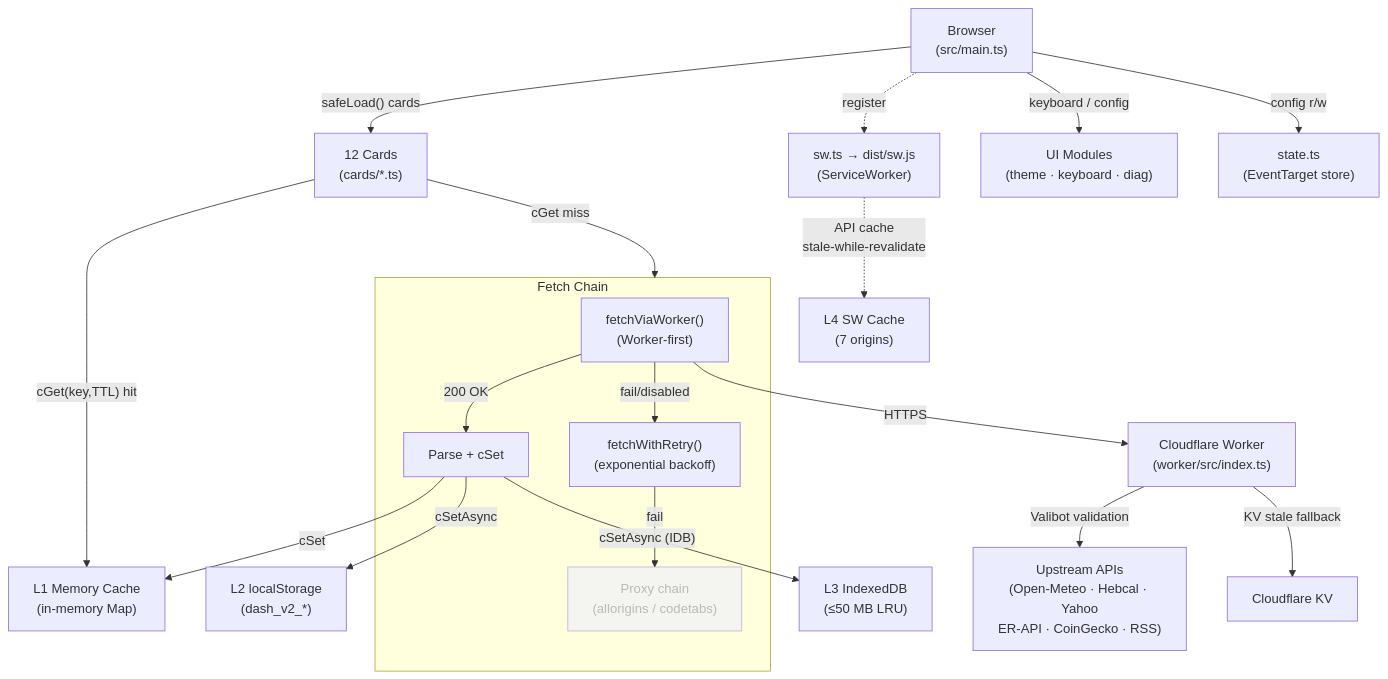
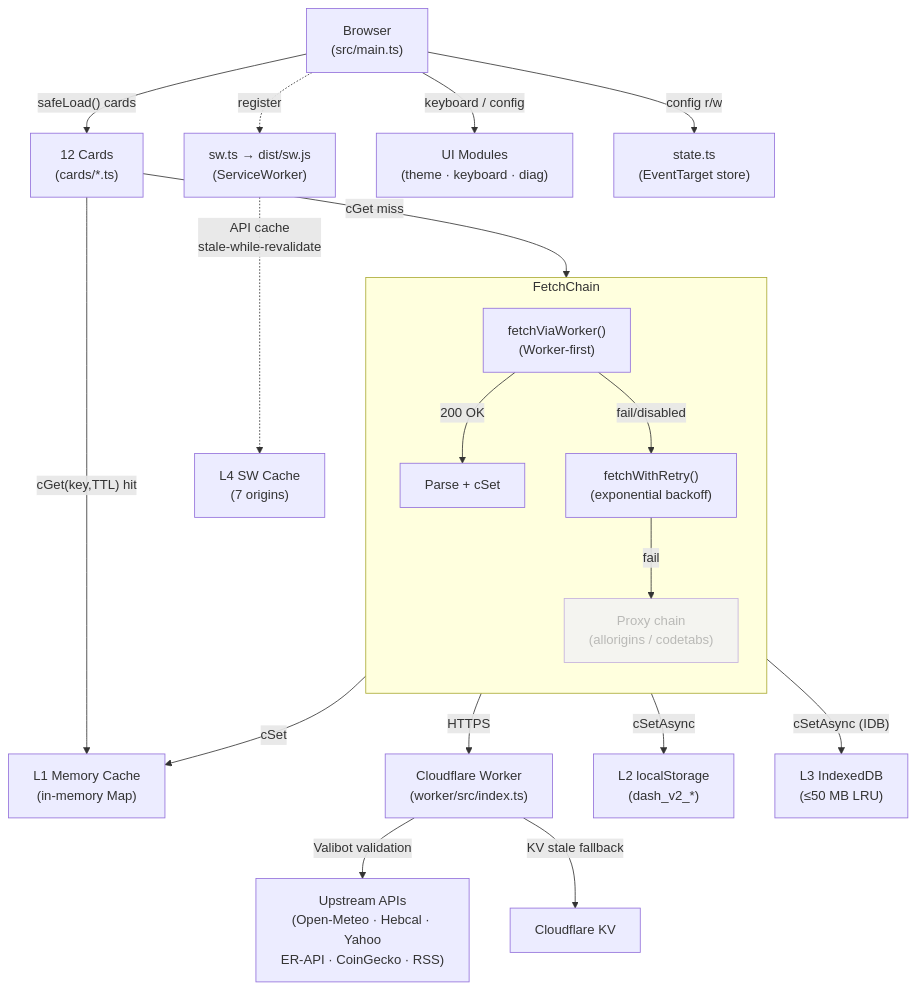
One commit to RajwanYair/FamilyDashBoard changed the first of 3 diagrams in docs/ARCHITECTURE.md. Above: the diagram before and after it, drawn with Mermaid. The commit also changed other lines of this file and 5 other files, not shown here.

Commit message:
feat(sw): VERSION_ACTIVATED update toast + VS Code cleanup (QA-7, Mermaid, htmlhint, markdownlint)

````diff
--- a/docs/ARCHITECTURE.md
+++ b/docs/ARCHITECTURE.md
@@ -171,28 +171,29 @@
 ```mermaid
 flowchart TD
     Browser["Browser\n(src/main.ts)"] -->|"safeLoad() cards"| Cards["12 Cards\n(cards/*.ts)"]
     Cards -->|"cGet(key,TTL) hit"| CacheL1["L1 Memory Cache\n(in-memory Map)"]
     Cards -->|"cGet miss"| FetchChain
 
-    subgraph FetchChain[Fetch Chain]
+    subgraph FetchChain
+        direction TB
         FVW["fetchViaWorker()\n(Worker-first)"] -->|"200 OK"| ParseData["Parse + cSet"]
         FVW -->|"fail/disabled"| FWR["fetchWithRetry()\n(exponential backoff)"]
         FWR -->|"fail"| Proxies["Proxy chain\n(allorigins / codetabs)"]:::faded
     end
 
     FVW -->|"HTTPS"| Worker["Cloudflare Worker\n(worker/src/index.ts)"]
     Worker -->|"Valibot validation"| Upstream["Upstream APIs\n(Open-Meteo · Hebcal · Yahoo\nER-API · CoinGecko · RSS)"]
     Worker -->|"KV stale fallback"| CFKV["Cloudflare KV"]
 
     ParseData -->|"cSet"| CacheL1
     ParseData -->|"cSetAsync"| CacheL2["L2 localStorage\n(dash_v2_*)"]
     ParseData -->|"cSetAsync (IDB)"| CacheL3["L3 IndexedDB\n(≤50 MB LRU)"]
 
     SW["sw.ts → dist/sw.js\n(ServiceWorker)"] -.->|"API cache\nstale-while-revalidate"| CacheL4["L4 SW Cache\n(7 origins)"]
     Browser -.->|"register"| SW
 
     Browser -->|"keyboard / config"| UI["UI Modules\n(theme · keyboard · diag)"]
     Browser -->|"config r/w"| State["state.ts\n(EventTarget store)"]
 
     classDef faded opacity:0.55;
 ```
````
